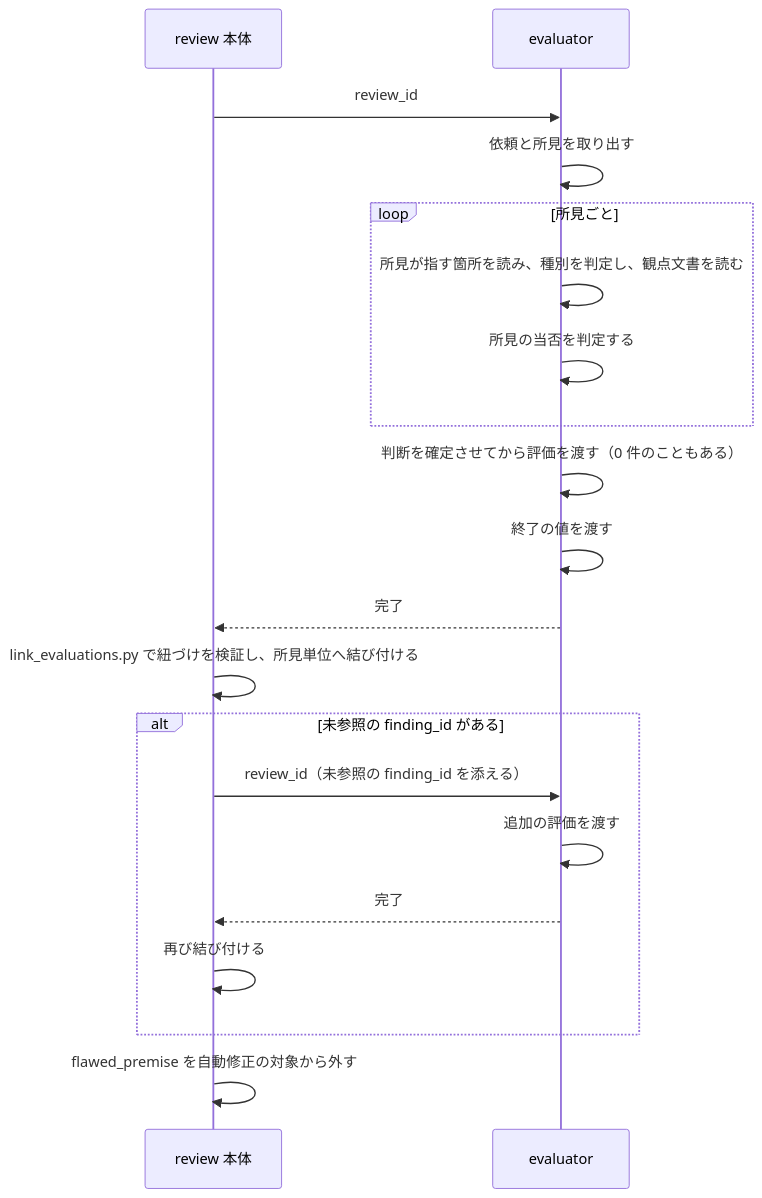
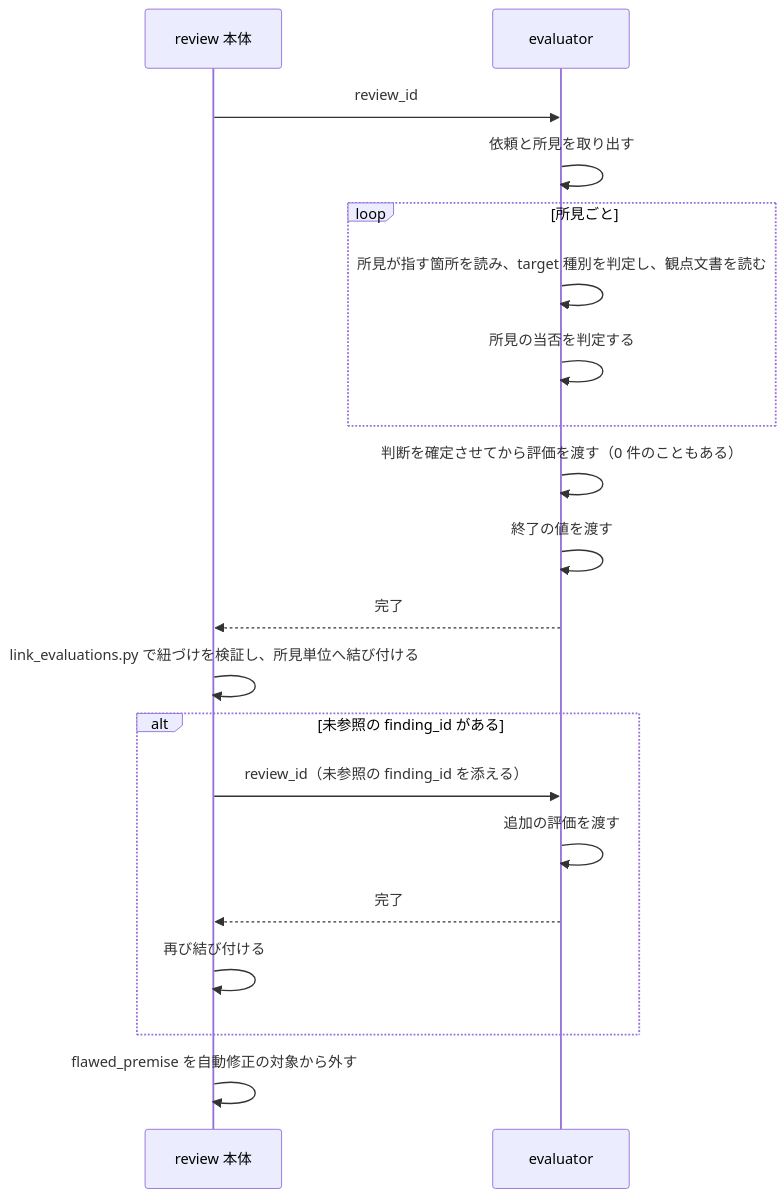
The diagram in docs/specs/evaluator-perspective/design/DES-083_evaluator_perspective_design.md (BlueEventHorizon/bw-cc-plugins), drawn with Mermaid before and after one commit. The commit also changed other lines of this file and 3 other files, not shown here.

````diff
--- a/docs/specs/evaluator-perspective/design/DES-083_evaluator_perspective_design.md
+++ b/docs/specs/evaluator-perspective/design/DES-083_evaluator_perspective_design.md
@@ -30,23 +30,23 @@
 ```mermaid
 sequenceDiagram
     participant Body as review 本体
     participant E as evaluator
 
     Body->>E: review_id
     E->>E: 依頼と所見を取り出す
     loop 所見ごと
-        E->>E: 所見が指す箇所を読み、種別を判定し、観点文書を読む
+        E->>E: 所見が指す箇所を読み、target 種別を判定し、観点文書を読む
         E->>E: 所見の当否を判定する
     end
     E->>E: 判断を確定させてから評価を渡す（0 件のこともある）
     E->>E: 終了の値を渡す
     E-->>Body: 完了
     Body->>Body: link_evaluations.py で紐づけを検証し、所見単位へ結び付ける
     alt 未参照の finding_id がある
         Body->>E: review_id（未参照の finding_id を添える）
         E->>E: 追加の評価を渡す
         E-->>Body: 完了
         Body->>Body: 再び結び付ける
     end
     Body->>Body: flawed_premise を自動修正の対象から外す
 ```
````
